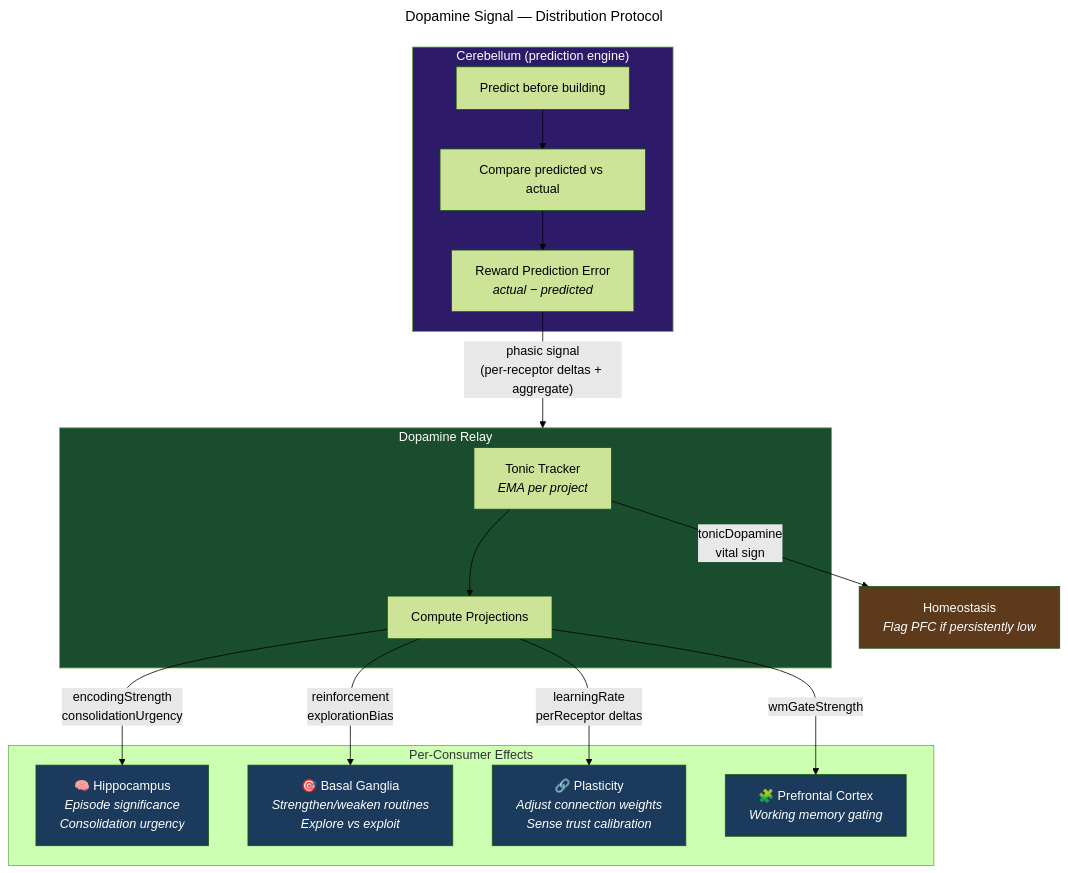
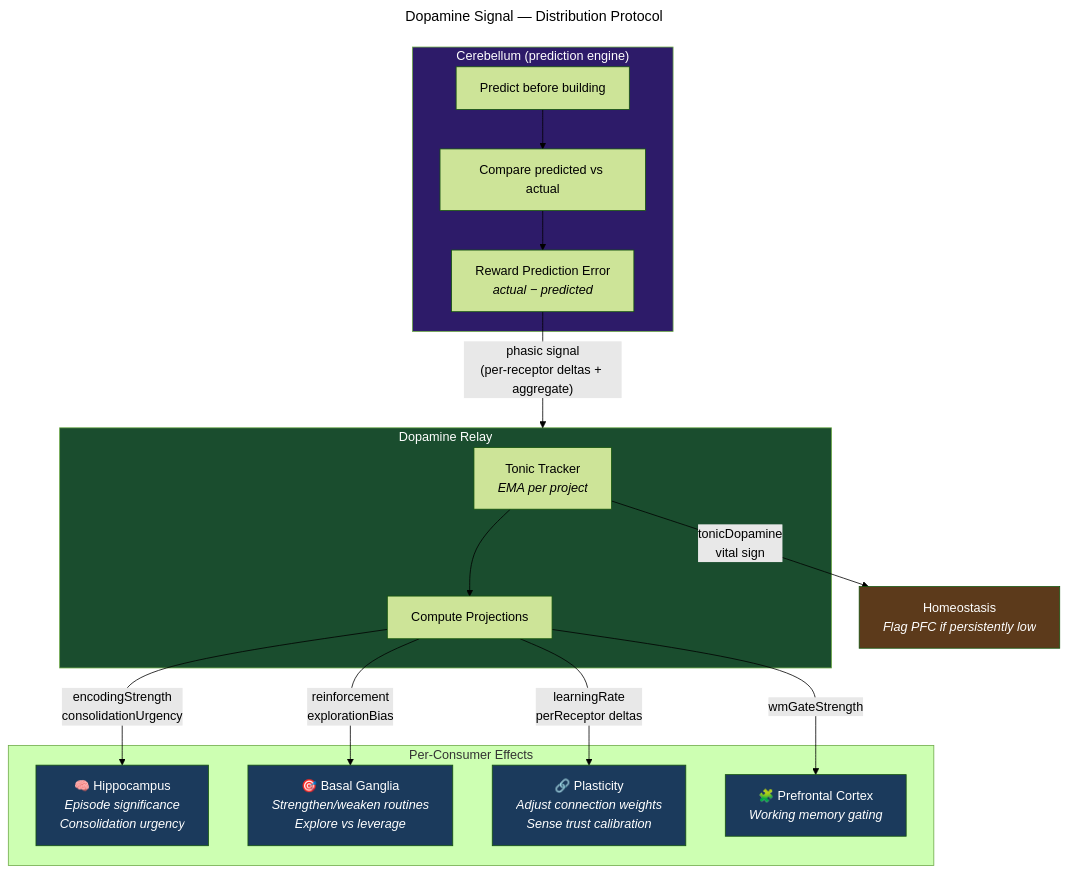
The diagram in diagrams/dopamine-signal.mmd (Joinery-dev/agent-cortex), drawn with Mermaid (forest theme) before and after one commit. The commit also changed 39 other files, not shown here.

First line of the commit message:
Rename explore/exploit to explore/leverage

```diff
--- a/diagrams/dopamine-signal.mmd
+++ b/diagrams/dopamine-signal.mmd
@@ -1,43 +1,43 @@
 ---
 title: "Dopamine Signal — Distribution Protocol"
 scope: feature
 phase: 3
 feature: 21
 ---
 graph TD
     subgraph Cerebellum["Cerebellum (prediction engine)"]
         PRED["Predict before building"]
         OUTCOME["Compare predicted vs actual"]
         RPE["Reward Prediction Error<br/><i>actual − predicted</i>"]
         PRED --> OUTCOME --> RPE
     end
 
     RPE -->|"phasic signal<br/>(per-receptor deltas + aggregate)"| RELAY
 
     subgraph RELAY["Dopamine Relay"]
         TONIC["Tonic Tracker<br/><i>EMA per project</i>"]
         PROJ["Compute Projections"]
         TONIC --> PROJ
     end
 
     PROJ -->|"encodingStrength<br/>consolidationUrgency"| HIPP
     PROJ -->|"reinforcement<br/>explorationBias"| BG
     PROJ -->|"learningRate<br/>perReceptor deltas"| PLAST
     PROJ -->|"wmGateStrength"| PFC
 
     subgraph Consumers["Per-Consumer Effects"]
         HIPP["🧠 Hippocampus<br/><i>Episode significance</i><br/><i>Consolidation urgency</i>"]
-        BG["🎯 Basal Ganglia<br/><i>Strengthen/weaken routines</i><br/><i>Explore vs exploit</i>"]
+        BG["🎯 Basal Ganglia<br/><i>Strengthen/weaken routines</i><br/><i>Explore vs leverage</i>"]
         PLAST["🔗 Plasticity<br/><i>Adjust connection weights</i><br/><i>Sense trust calibration</i>"]
         PFC["🧩 Prefrontal Cortex<br/><i>Working memory gating</i>"]
     end
 
     TONIC -->|"tonicDopamine<br/>vital sign"| HOMEO["Homeostasis<br/><i>Flag PFC if persistently low</i>"]
 
     style Cerebellum fill:#2d1b69,color:#fff
     style RELAY fill:#1a4d2e,color:#fff
     style HIPP fill:#1b3a5c,color:#fff
     style BG fill:#1b3a5c,color:#fff
     style PLAST fill:#1b3a5c,color:#fff
     style PFC fill:#1b3a5c,color:#fff
     style HOMEO fill:#5c3a1b,color:#fff
```
